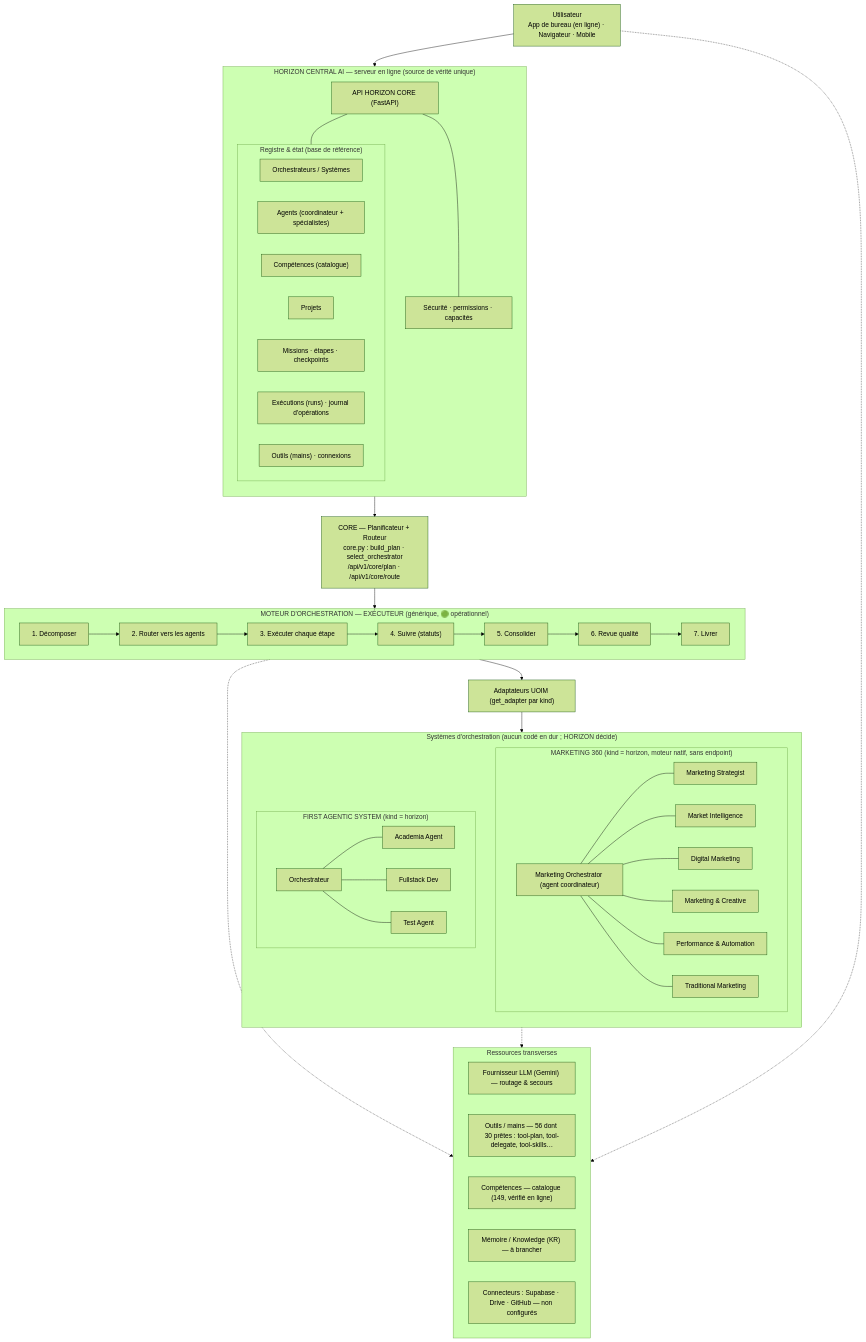
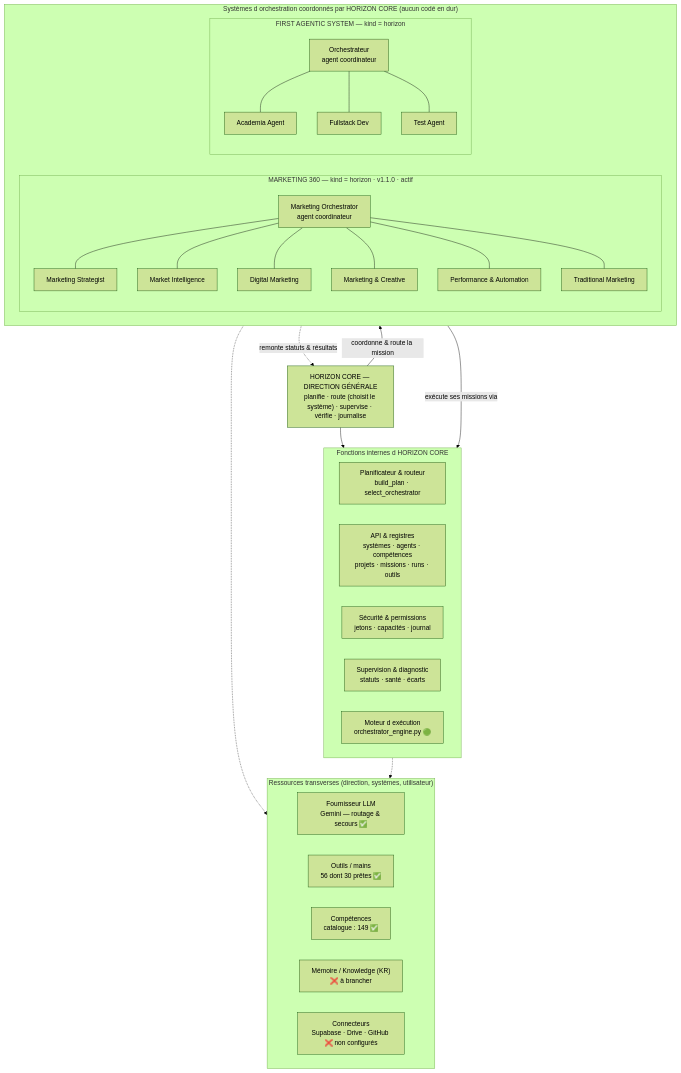
One commit to directionhorizon/horizon-central-ai changed the diagram in docs/ORGANIGRAMME_HORIZON.md. Above: the diagram before and after it, drawn with Mermaid (forest theme). The commit also changed other lines of this file and 1 other file, not shown here.

Commit message:
docs(organigramme): correction de hierarchie - HORIZON CORE est la direction generale qui coordonne les orchestrateurs (SVG regenere)

````diff
--- a/docs/ORGANIGRAMME_HORIZON.md
+++ b/docs/ORGANIGRAMME_HORIZON.md
@@ -11,74 +18,48 @@
 ```mermaid
 flowchart TB
-  U["Utilisateur<br/>App de bureau (en ligne) · Navigateur · Mobile"] --> API
+  CORE["HORIZON CORE — DIRECTION GÉNÉRALE<br/>planifie · route (choisit le système) · supervise · vérifie · journalise"]
 
-  subgraph HZ["HORIZON CENTRAL AI — serveur en ligne (source de vérité unique)"]
-    direction TB
-    API["API HORIZON CORE (FastAPI)"]
-    subgraph REG["Registre & état (base de référence)"]
-      R1["Orchestrateurs / Systèmes"]
-      R2["Agents (coordinateur + spécialistes)"]
-      R3["Compétences (catalogue)"]
-      R4["Projets"]
-      R5["Missions · étapes · checkpoints"]
-      R6["Exécutions (runs) · journal d'opérations"]
-      R7["Outils (mains) · connexions"]
+  subgraph FCT["Fonctions internes d HORIZON CORE"]
+    direction LR
+    F1["Planificateur & routeur<br/>build_plan · select_orchestrator"]
+    F2["API & registres<br/>systèmes · agents · compétences<br/>projets · missions · runs · outils"]
+    F3["Sécurité & permissions<br/>jetons · capacités · journal"]
+    F4["Supervision & diagnostic<br/>statuts · santé · écarts"]
+    F5["Moteur d exécution<br/>orchestrator_engine.py 🟢"]
+  end
+  CORE --> FCT
+
+  CORE -->|"coordonne & route la mission"| SYS
+  SYS -.->|"remonte statuts & résultats"| CORE
+
+  subgraph SYS["Systèmes d orchestration coordonnés par HORIZON CORE (aucun codé en dur)"]
+    direction LR
+    subgraph M360["MARKETING 360 — kind = horizon · v1.1.0 · actif"]
+      MO["Marketing Orchestrator<br/>agent coordinateur"]
+      MO --- MS["Marketing Strategist"]
+      MO --- MI["Market Intelligence"]
+      MO --- DM["Digital Marketing"]
+      MO --- MC["Marketing & Creative"]
+      MO --- PA["Performance & Automation"]
+      MO --- TM["Traditional Marketing"]
     end
-    SEC["Sécurité · permissions · capacités"]
-    API --- REG
-    API --- SEC
-  end
-
-  API --> CORE
-  CORE["CORE — Planificateur + Routeur<br/>core.py : build_plan · select_orchestrator<br/>/api/v1/core/plan · /api/v1/core/route"] --> EXEC
-
-  subgraph EXEC["MOTEUR D'ORCHESTRATION — EXÉCUTEUR (générique, 🟢 opérationnel)"]
-    direction LR
-    E1["1. Décomposer"] --> E2["2. Router vers les agents"] --> E3["3. Exécuter chaque étape"]
-    E3 --> E4["4. Suivre (statuts)"] --> E5["5. Consolider"] --> E6["6. Revue qualité"] --> E7["7. Livrer"]
-  end
-
-  EXEC --> ADP
-  ADP["Adaptateurs UOIM (get_adapter par kind)"]
-
-  ADP --> SYS
-  subgraph SYS["Systèmes d'orchestration (aucun codé en dur ; HORIZON décide)"]
-    direction TB
-    subgraph M360["MARKETING 360 (kind = horizon, moteur natif, sans endpoint)"]
-      MO["Marketing Orchestrator (agent coordinateur)"]
-      S1["Marketing Strategist"]
-      S2["Market Intelligence"]
-      S3["Digital Marketing"]
-      S4["Marketing & Creative"]
-      S5["Performance & Automation"]
-      S6["Traditional Marketing"]
-      MO --- S1
-      MO --- S2
-      MO --- S3
-      MO --- S4
-      MO --- S5
-      MO --- S6
-    end
-    subgraph FAS["FIRST AGENTIC SYSTEM (kind = horizon)"]
-      F0["Orchestrateur"]
-      F1["Academia Agent"]
-      F2["Fullstack Dev"]
-      F3["Test Agent"]
-      F0 --- F1
-      F0 --- F2
-      F0 --- F3
+    subgraph FAS["FIRST AGENTIC SYSTEM — kind = horizon"]
+      F0["Orchestrateur<br/>agent coordinateur"]
+      F0 --- FA["Academia Agent"]
+      F0 --- FD["Fullstack Dev"]
+      F0 --- FT["Test Agent"]
     end
   end
 
-  subgraph RES["Ressources transverses"]
-    L["Fournisseur LLM (Gemini) — routage & secours"]
-    T["Outils / mains — 56 dont 30 prêtes : tool-plan, tool-delegate, tool-skills…"]
-    K["Compétences — catalogue (149, vérifié en ligne)"]
-    KR["Mémoire / Knowledge (KR) — à brancher"]
-    C["Connecteurs : Supabase · Drive · GitHub — non configurés"]
+  SYS -->|"exécute ses missions via"| F5
+
+  subgraph RES["Ressources transverses (direction, systèmes, utilisateur)"]
+    L["Fournisseur LLM<br/>Gemini — routage & secours ✅"]
+    T["Outils / mains<br/>56 dont 30 prêtes ✅"]
+    K["Compétences<br/>catalogue : 149 ✅"]
+    KR["Mémoire / Knowledge (KR)<br/>❌ à brancher"]
+    C["Connecteurs<br/>Supabase · Drive · GitHub ❌ non configurés"]
   end
-
-  EXEC -.-> RES
+  FCT -.-> RES
   SYS -.-> RES
-  U -.-> RES
 ```
````
